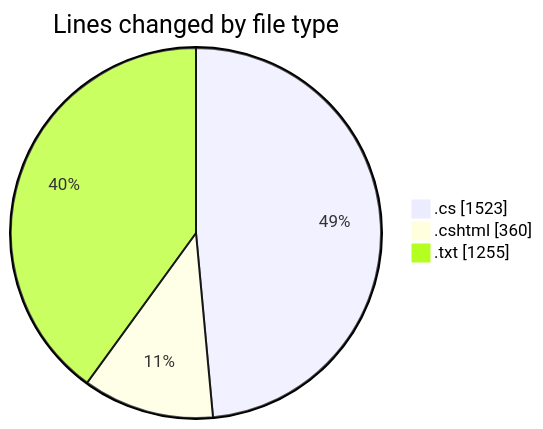
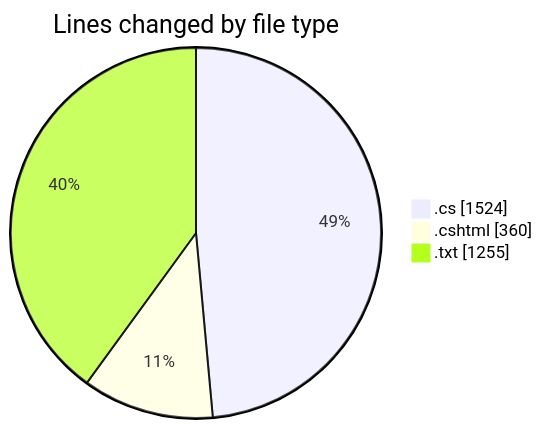
Before and after one commit to lephambinh05/code-tracking: the first of 2 diagrams in 2025-07-24/quanlyrapchieuphim-1/README.md, drawn with Mermaid. The commit also changed other lines of this file and 1 other file, not shown here.

````diff
--- a/2025-07-24/quanlyrapchieuphim-1/README.md
+++ b/2025-07-24/quanlyrapchieuphim-1/README.md
@@ -26,7 +26,7 @@
 ```mermaid
 pie showData
 title Lines changed by file type
-".cs" : 1523
+".cs" : 1524
 ".cshtml" : 360
 ".txt" : 1255
 ```
````
